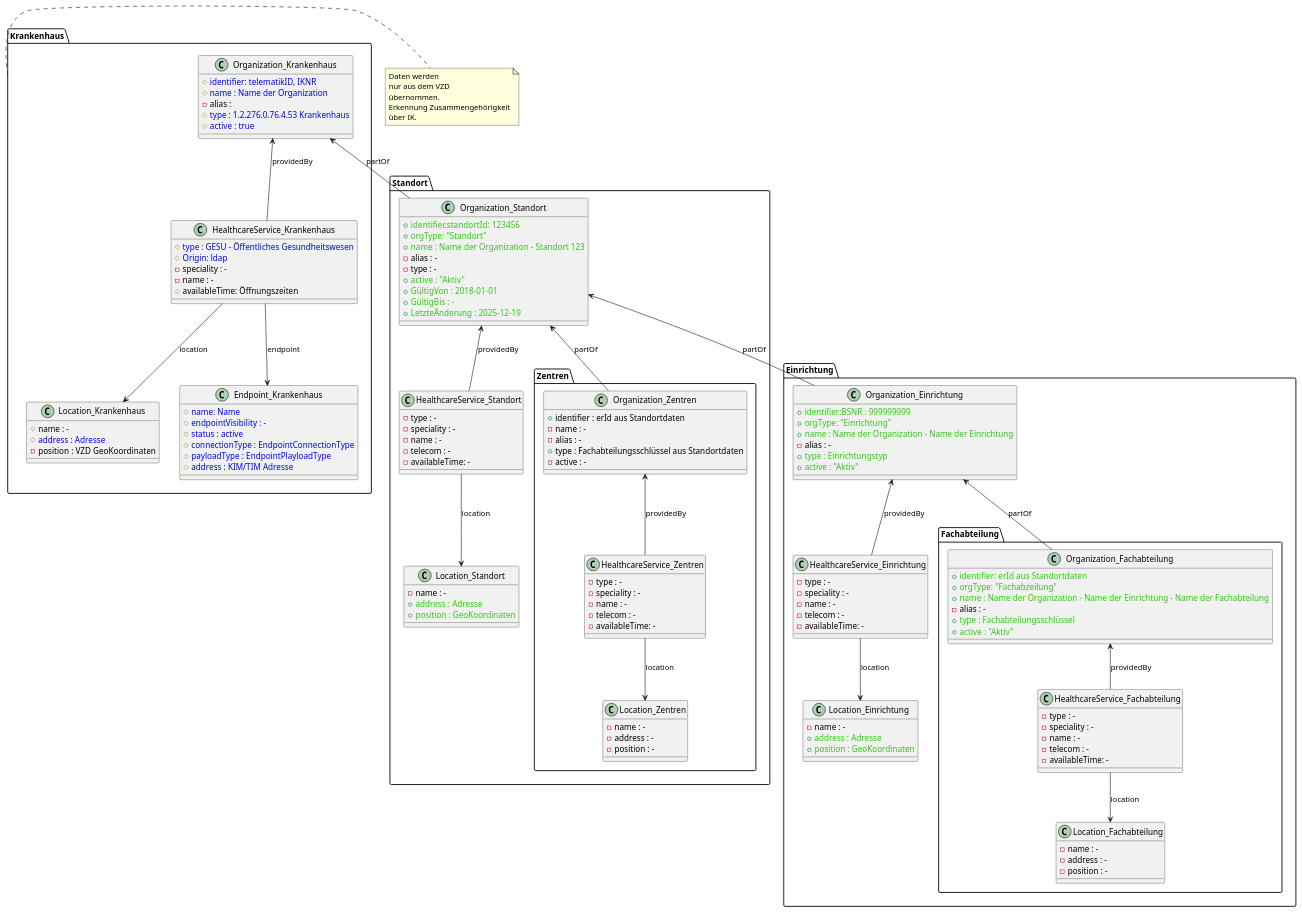
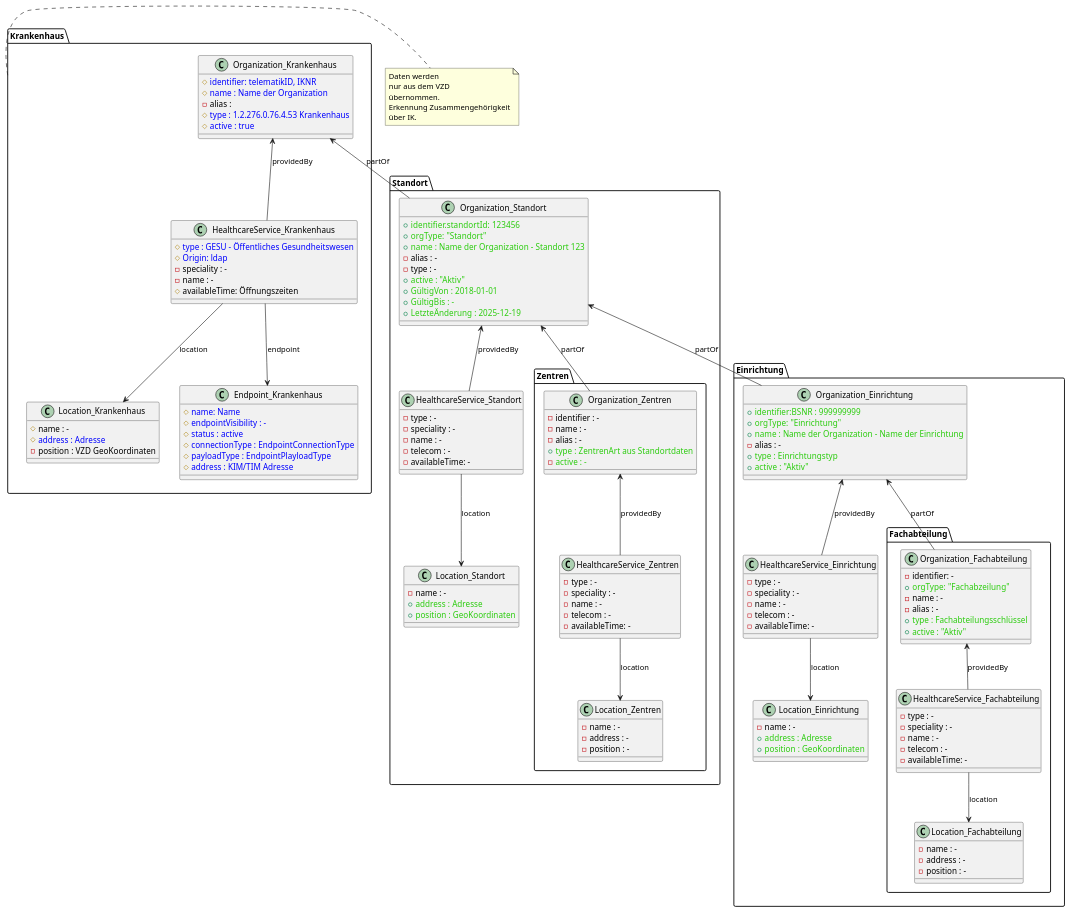
The diagram in src/plantuml/OrgStruct/Standortverzeichnis.puml (gematik/api-vzd), drawn with PlantUML before and after one commit.

```diff
--- a/src/plantuml/OrgStruct/Standortverzeichnis.puml
+++ b/src/plantuml/OrgStruct/Standortverzeichnis.puml
@@ -1,182 +1,182 @@
 @startuml
 
 package "Krankenhaus" {
 
 class Organization_Krankenhaus {
 #<color:#0000FF>identifier: telematikID, IKNR</color> 
 #<color:#0000FF>name : Name der Organization</color>
 -alias : 
 #<color:#0000FF>type : 1.2.276.0.76.4.53 Krankenhaus</color>
 #<color:#0000FF>active : true</color>
 }
 
 class HealthcareService_Krankenhaus {
 #<color:#0000FF>type : GESU - Öffentliches Gesundheitswesen</color>
 #<color:#0000FF>Origin: ldap</color>
 -speciality : -
 -name : -
 #availableTime: Öffnungszeiten
 }
 
 Organization_Krankenhaus <-- HealthcareService_Krankenhaus : providedBy
 HealthcareService_Krankenhaus --> Location_Krankenhaus : location
 HealthcareService_Krankenhaus --> Endpoint_Krankenhaus : endpoint
 
 
 class Location_Krankenhaus {
 #name : -
 #<color:#0000FF>address : Adresse</color>
 -position : VZD GeoKoordinaten
 }
 
 class Endpoint_Krankenhaus {
 #<color:#0000FF>name: Name</color>
 #<color:#0000FF>endpointVisibility : -</color>
 #<color:#0000FF>status : active</color>
 #<color:#0000FF>connectionType : EndpointConnectionType</color>
 #<color:#0000FF>payloadType : EndpointPlayloadType</color>
 #<color:#0000FF>address : KIM/TIM Adresse</color>
 }
 
 }
 
 note right of Krankenhaus 
    Daten werden
    nur aus dem VZD
    übernommen.
    Erkennung Zusammengehörigkeit
    über IK.
 end note   
 
 package "Standort" {
 
 class Organization_Standort {
 +<color:#2bcc0e>identifier.standortId: 123456</color>
 +<color:#2bcc0e>orgType: "Standort"</color>
 +<color:#2bcc0e>name : Name der Organization - Standort 123</color>
 -alias : -
 -type : -
 +<color:#2bcc0e>active : "Aktiv"</color>
 +<color:#2bcc0e>GültigVon : 2018-01-01</color>
 +<color:#2bcc0e>GültigBis : -</color>
 +<color:#2bcc0e>LetzteÄnderung : 2025-12-19</color>
 }
 
 Organization_Krankenhaus <-- Organization_Standort : "partOf"
 HealthcareService_Krankenhaus -[hidden]right-> Organization_Standort
 
 class HealthcareService_Standort {
 -type : -
 -speciality : -
 -name : -
 -telecom : -
 -availableTime: -
 }
 
 HealthcareService_Standort --> Location_Standort : location
 Organization_Standort <-- HealthcareService_Standort : providedBy
 
 class Location_Standort {
 -name : -
 +<color:#2bcc0e>address : Adresse</color>
 +<color:#2bcc0e>position : GeoKoordinaten</color>
 }
 
 package "Zentren" {
 
 class Organization_Zentren {
-+identifier : erId aus Standortdaten
+-identifier : -
 -name : -
 -alias : -
-+type : Fachabteilungsschlüssel aus Standortdaten
--active : -
++<color:#2bcc0e>type : ZentrenArt aus Standortdaten</color>
+-<color:#2bcc0e>active : -</color>
 }
 
 Organization_Standort <-down- Organization_Zentren : "partOf"
 
 class HealthcareService_Zentren {
 -type : -
 -speciality : -
 -name : -
 -telecom : -
 -availableTime: -
 }
 
 HealthcareService_Zentren --> Location_Zentren : location
 Organization_Zentren <-- HealthcareService_Zentren : providedBy
 
 class Location_Zentren {
 -name : -
 -address : -
 -position : -
 }
 
 }
 
 }
 
 package "Einrichtung" {
 
 class Organization_Einrichtung {
 +<color:#2bcc0e>identifier:BSNR : 999999999</color>
 +<color:#2bcc0e>orgType: "Einrichtung"</color>
 +<color:#2bcc0e>name : Name der Organization - Name der Einrichtung</color>
 -alias : -
 +<color:#2bcc0e>type : Einrichtungstyp</color>
 +<color:#2bcc0e>active : "Aktiv"</color>
 }
 
 Organization_Standort <-- Organization_Einrichtung : "partOf"
 
 class HealthcareService_Einrichtung {
 -type : -
 -speciality : -
 -name : -
 -telecom : -
 -availableTime: -
 }
 
 HealthcareService_Einrichtung --> Location_Einrichtung : location
 Organization_Einrichtung <-- HealthcareService_Einrichtung : providedBy
 
 class Location_Einrichtung {
 -name : -
 +<color:#2bcc0e>address : Adresse</color>
 +<color:#2bcc0e>position : GeoKoordinaten</color>
 }
 
 package "Fachabteilung" {
 
 class Organization_Fachabteilung {
-+<color:#2bcc0e>identifier: erId aus Standortdaten</color>
+-identifier: -
 +<color:#2bcc0e>orgType: "Fachabzeilung"</color>
-+<color:#2bcc0e>name : Name der Organization - Name der Einrichtung - Name der Fachabteilung</color>
+-name : -
 -alias : -
 +<color:#2bcc0e>type : Fachabteilungsschlüssel</color>
 +<color:#2bcc0e>active : "Aktiv"</color>
 }
 
 Organization_Einrichtung <-- Organization_Fachabteilung : "partOf"
 
 class HealthcareService_Fachabteilung {
 -type : -
 -speciality : -
 -name : -
 -telecom : -
 -availableTime: -
 }
 
 HealthcareService_Fachabteilung --> Location_Fachabteilung : location
 Organization_Fachabteilung <-- HealthcareService_Fachabteilung : providedBy
 
 class Location_Fachabteilung {
 -name : -
 -address : -
 -position : -
 }
 
 }
 
 }
 
 @enduml
```
